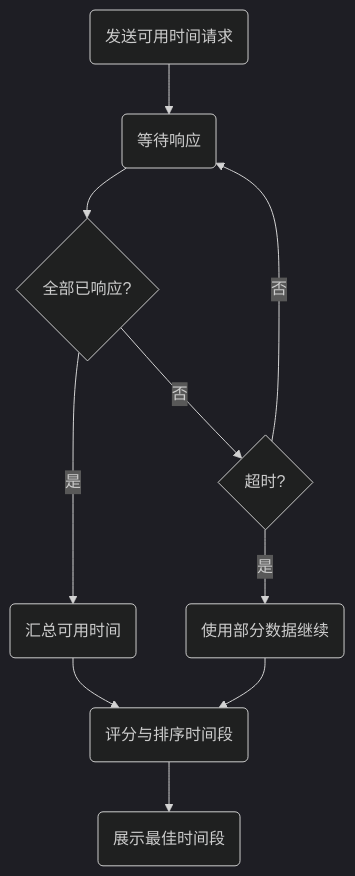
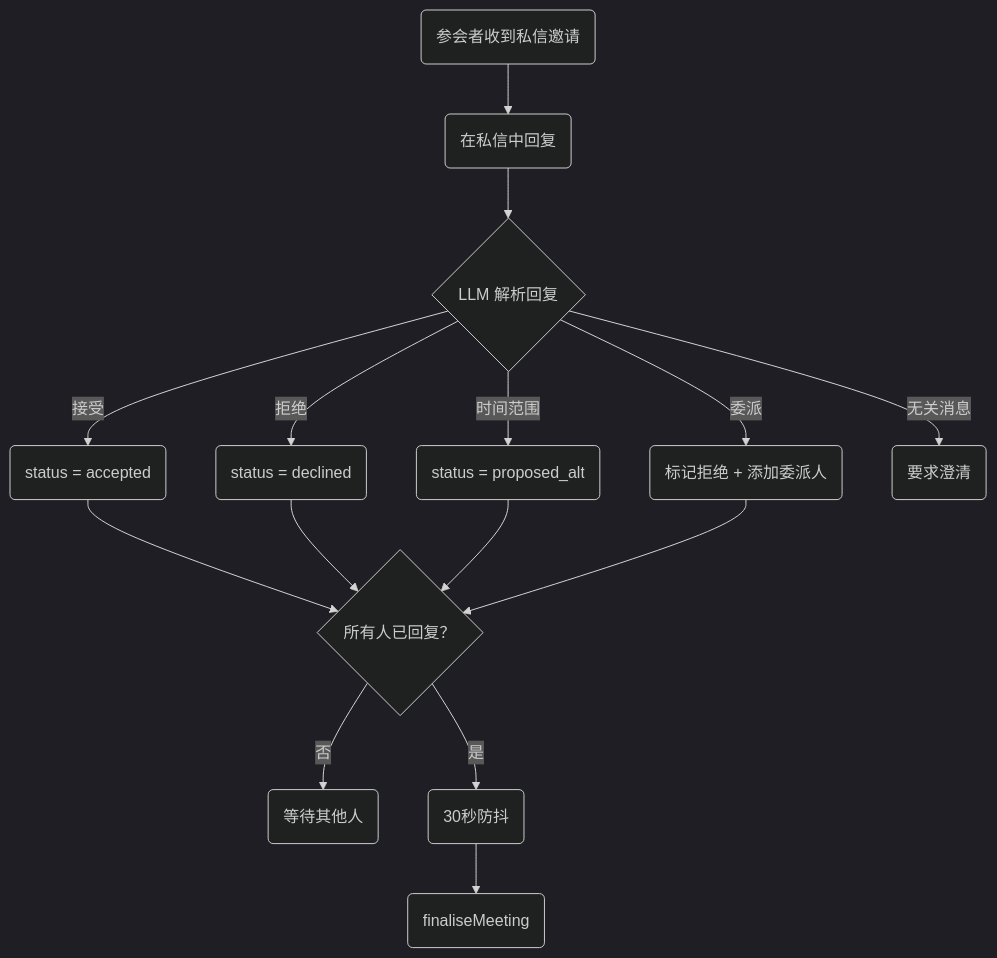
One commit to javana3/claw_meeting_all changed the fifth of 7 diagrams in README.zh-CN.md. Above: the diagram before and after it, drawn with Mermaid (dark theme). The commit also changed other lines of this file and 4 other files, not shown here.

````diff
--- a/README.zh-CN.md
+++ b/README.zh-CN.md
@@ -95,12 +133,19 @@
 ```mermaid
 graph TD
-    A(发送可用时间请求) --> B(等待响应)
-    B --> C{全部已响应?}
-    C -->|是| D(汇总可用时间)
-    C -->|否| E{超时?}
-    E -->|否| B
-    E -->|是| F(使用部分数据继续)
-    D --> G(评分与排序时间段)
-    F --> G
-    G --> H(展示最佳时间段)
+    A(参会者收到私信邀请) --> B(在私信中回复)
+    B --> C{LLM 解析回复}
+    C -->|接受| D(status = accepted)
+    C -->|拒绝| E(status = declined)
+    C -->|时间范围| F(status = proposed_alt)
+    C -->|委派| G(标记拒绝 + 添加委派人)
+    C -->|无关消息| H(要求澄清)
+
+    D --> I{所有人已回复？}
+    E --> I
+    F --> I
+    G --> I
+
+    I -->|否| J(等待其他人)
+    I -->|是| K(30秒防抖)
+    K --> L(finaliseMeeting)
 ```
````
